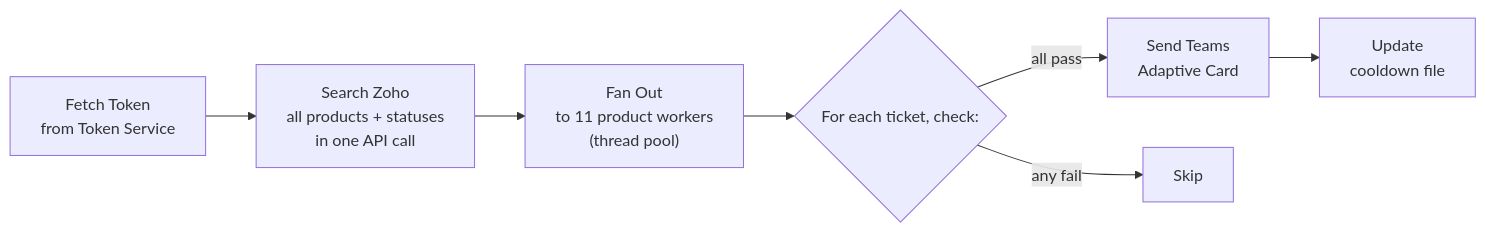
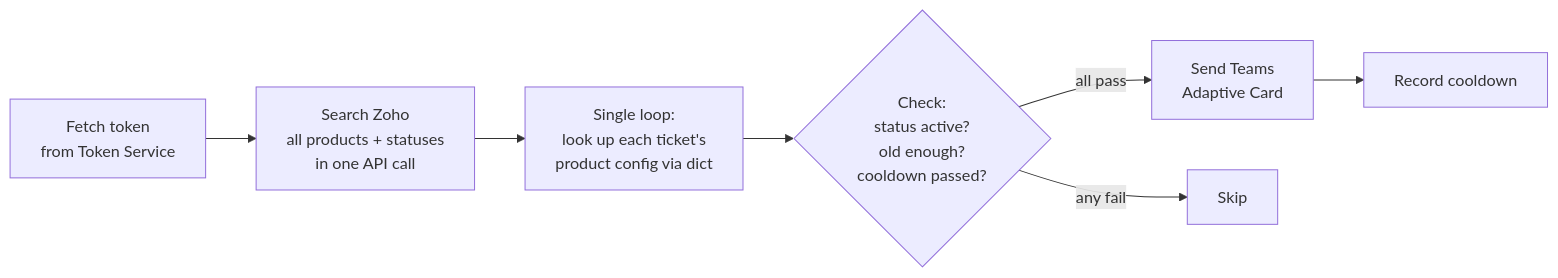
Before and after one commit to AnsImran/ms-teams-zoho-desk-notifications-service: the second of 4 diagrams in README.md, drawn with Mermaid. The commit also changed other lines of this file and 5 other files, not shown here.

First line of the commit message:
clean up stale code, update diagrams and README for single-loop architecture

````diff
--- a/README.md
+++ b/README.md
@@ -38,9 +38,9 @@
 ```mermaid
 flowchart LR
-    A["Fetch Token<br>from Token Service"] --> B["Search Zoho<br>all products + statuses<br>in one API call"]
-    B --> C["Fan Out<br>to 11 product workers<br>(thread pool)"]
-    C --> D{"For each ticket, check:"}
+    A["Fetch token<br>from Token Service"] --> B["Search Zoho<br>all products + statuses<br>in one API call"]
+    B --> C["Single loop:<br>look up each ticket's<br>product config via dict"]
+    C --> D{"Check:<br>status active?<br>old enough?<br>cooldown passed?"}
     D -- "all pass" --> E["Send Teams<br>Adaptive Card"]
     D -- "any fail" --> F["Skip"]
-    E --> G["Update<br>cooldown file"]
+    E --> G["Record cooldown"]
 ```
````
